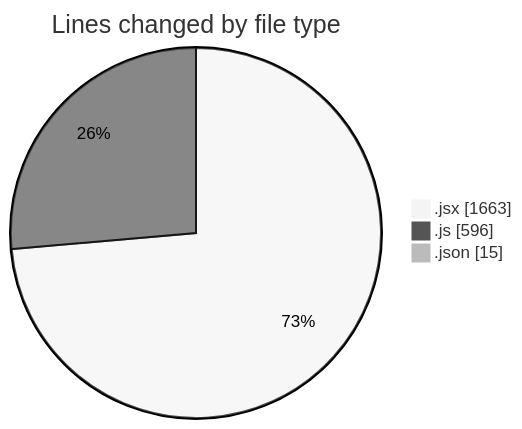
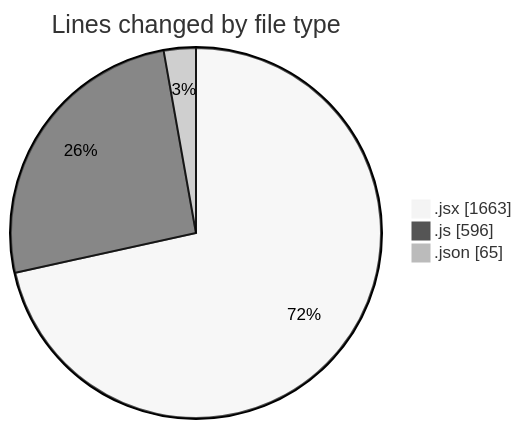
One commit to nxtqubesakshisongat/code-tracking changed the first of 2 diagrams in 2025-08-06/nxtqube_webapp/README.md. Above: the diagram before and after it, drawn with Mermaid (neutral theme). The commit also changed other lines of this file and 1 other file, not shown here.

````diff
--- a/2025-08-06/nxtqube_webapp/README.md
+++ b/2025-08-06/nxtqube_webapp/README.md
@@ -25,7 +25,7 @@
 ```mermaid
 pie showData
 title Lines changed by file type
 ".jsx" : 1663
 ".js" : 596
-".json" : 15
+".json" : 65
 ```
````
